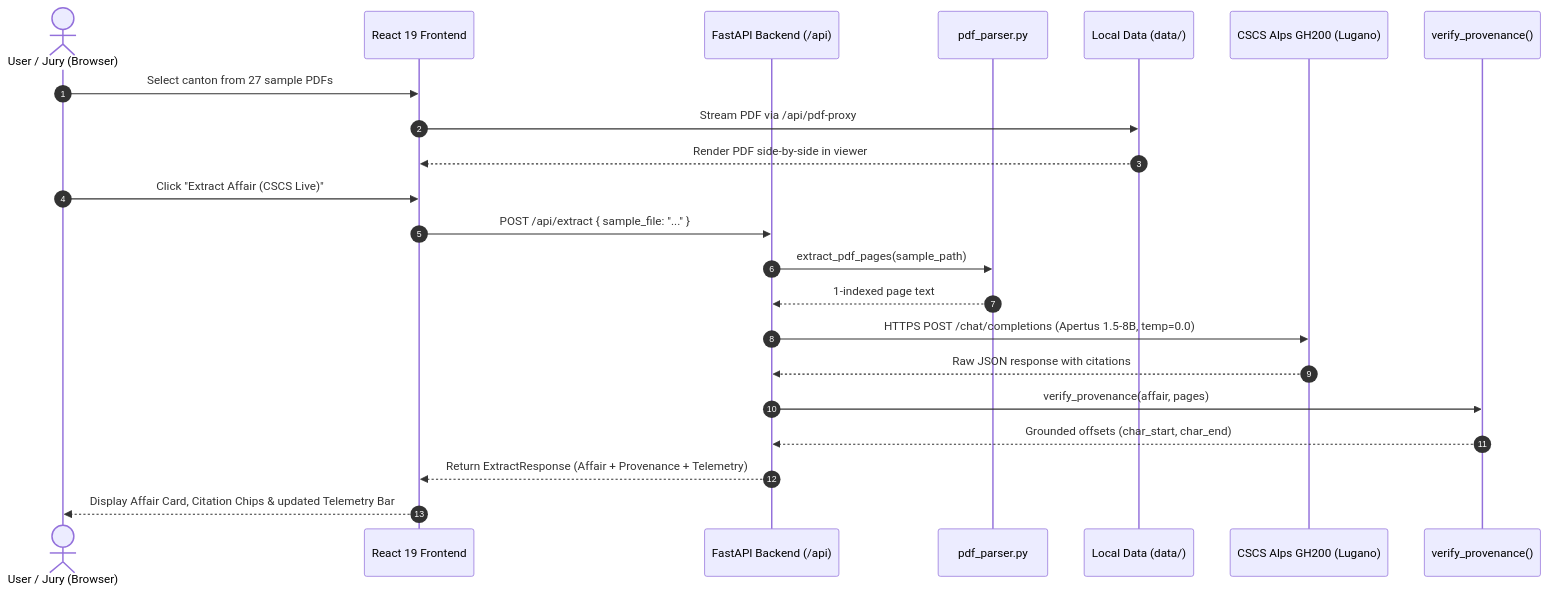
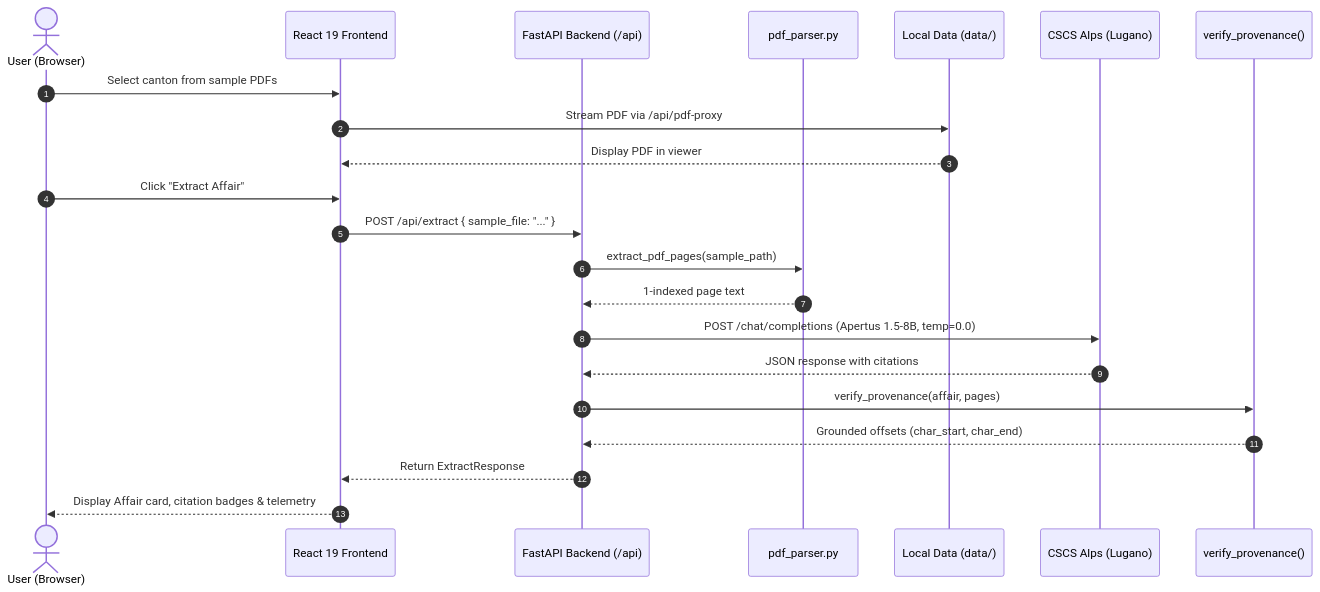
Before and after one commit to vero-code/severin: the third of 4 diagrams in track_2a/docs/architecture.md, drawn with Mermaid. The commit also changed other lines of this file and 6 other files, not shown here.

Commit message:
docs: refine report, architecture, READMEs for scientific clarity

````diff
--- a/track_2a/docs/architecture.md
+++ b/track_2a/docs/architecture.md
@@ -209,25 +193,25 @@
 ```mermaid
 sequenceDiagram
     autonumber
-    actor User as User / Jury (Browser)
+    actor User as User (Browser)
     participant UI as React 19 Frontend
     participant API as FastAPI Backend (/api)
     participant Parser as pdf_parser.py
     participant Disk as Local Data (data/)
-    participant CSCS as CSCS Alps GH200 (Lugano)
+    participant CSCS as CSCS Alps (Lugano)
     participant Verifier as verify_provenance()
 
-    User->>UI: Select canton from 27 sample PDFs
+    User->>UI: Select canton from sample PDFs
     UI->>Disk: Stream PDF via /api/pdf-proxy
-    Disk-->>UI: Render PDF side-by-side in viewer
-    User->>UI: Click "Extract Affair (CSCS Live)"
+    Disk-->>UI: Display PDF in viewer
+    User->>UI: Click "Extract Affair"
     UI->>API: POST /api/extract { sample_file: "..." }
     API->>Parser: extract_pdf_pages(sample_path)
     Parser-->>API: 1-indexed page text
-    API->>CSCS: HTTPS POST /chat/completions (Apertus 1.5-8B, temp=0.0)
-    CSCS-->>API: Raw JSON response with citations
+    API->>CSCS: POST /chat/completions (Apertus 1.5-8B, temp=0.0)
+    CSCS-->>API: JSON response with citations
     API->>Verifier: verify_provenance(affair, pages)
     Verifier-->>API: Grounded offsets (char_start, char_end)
-    API-->>UI: Return ExtractResponse (Affair + Provenance + Telemetry)
-    UI-->>User: Display Affair Card, Citation Chips & updated Telemetry Bar
+    API-->>UI: Return ExtractResponse
+    UI-->>User: Display Affair card, citation badges & telemetry
 ```
````
